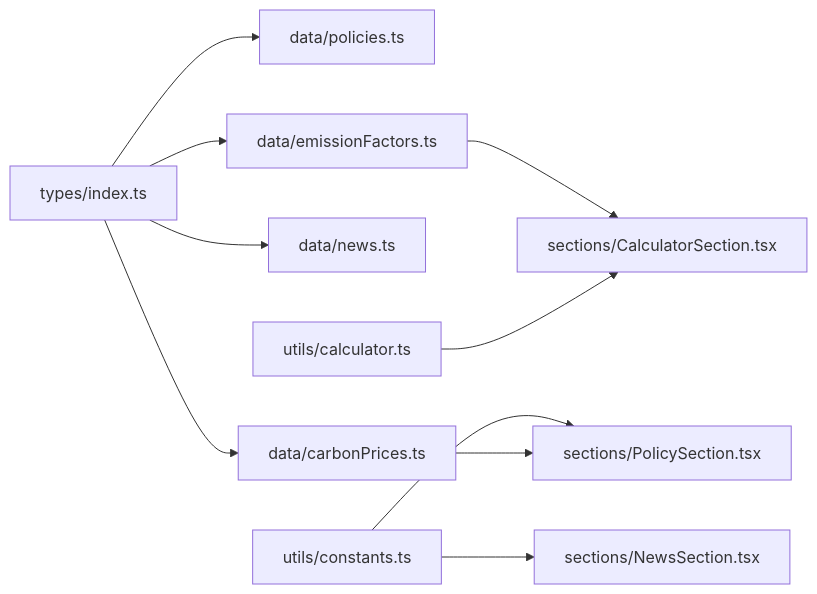
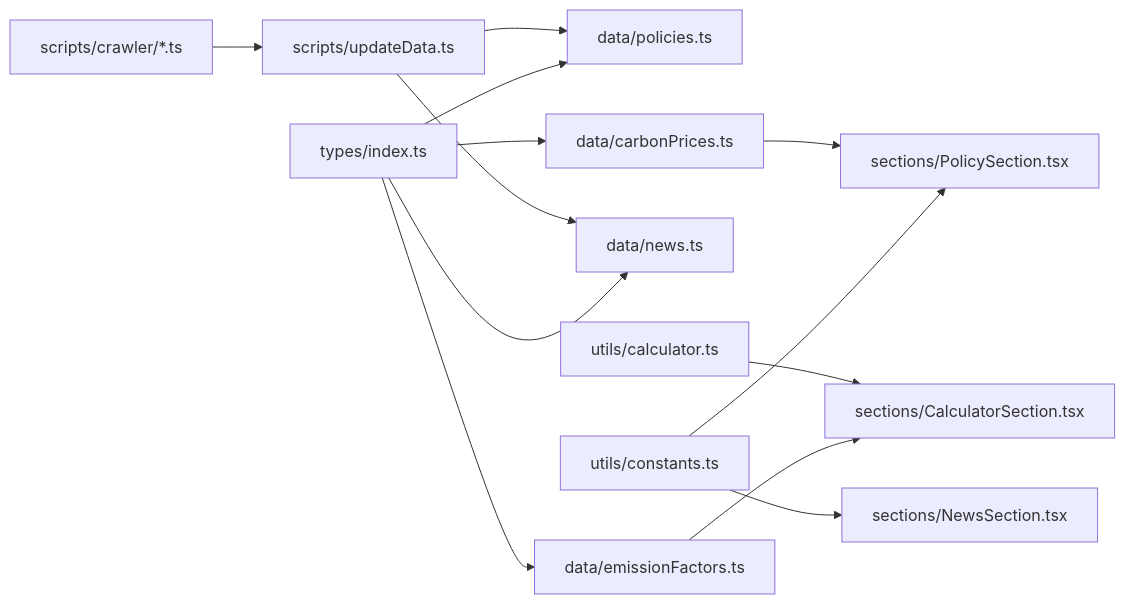
One commit to liangxuanliang-cmd/carbon-info-agent changed the sixth of 6 diagrams in .qoder/repowiki/zh/content/数据管理/数据模型定义.md. Above: the diagram before and after it, drawn with Mermaid. The commit also changed other lines of this file and 8 other files, not shown here.

````diff
--- a/.qoder/repowiki/zh/content/数据管理/数据模型定义.md
+++ b/.qoder/repowiki/zh/content/数据管理/数据模型定义.md
@@ -399,12 +500,15 @@
 ```mermaid
 graph LR
 Types["types/index.ts"] --> Policies["data/policies.ts"]
 Types --> Emission["data/emissionFactors.ts"]
 Types --> News["data/news.ts"]
 Types --> Prices["data/carbonPrices.ts"]
+Crawler["scripts/crawler/*.ts"] --> Update["scripts/updateData.ts"]
+Update --> Policies
+Update --> News
 Constants["utils/constants.ts"] --> PolicySec["sections/PolicySection.tsx"]
 Constants --> NewsSec["sections/NewsSection.tsx"]
 Emission --> CalcSec["sections/CalculatorSection.tsx"]
 Calc["utils/calculator.ts"] --> CalcSec
 Prices --> PolicySec
 ```
````
